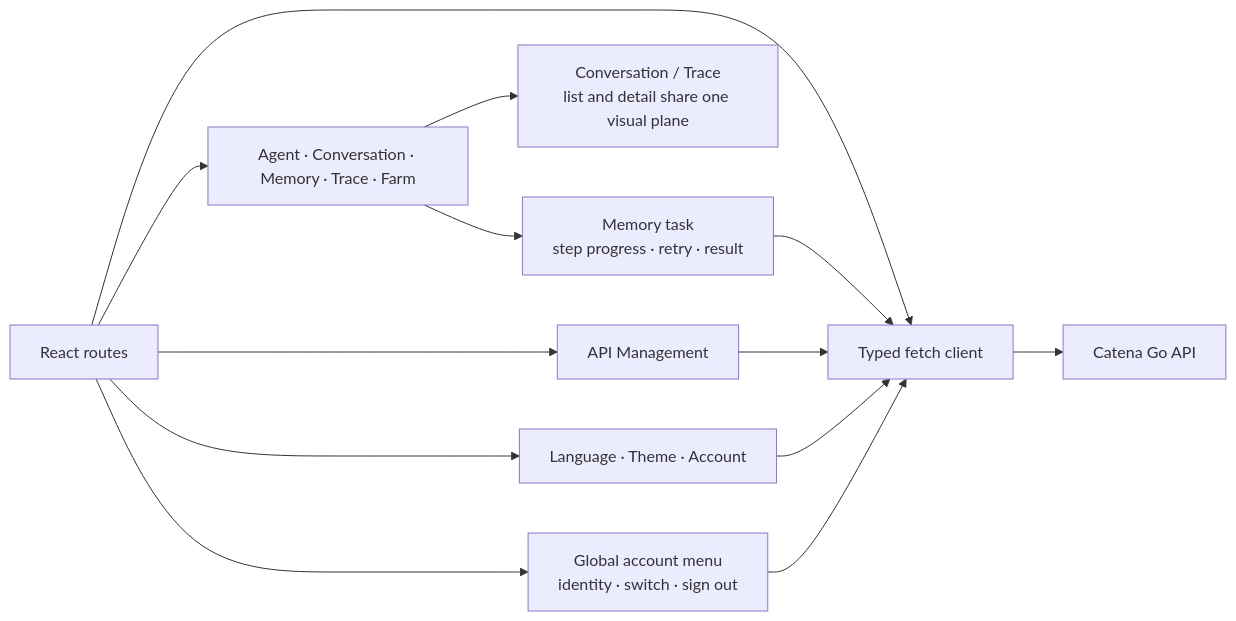
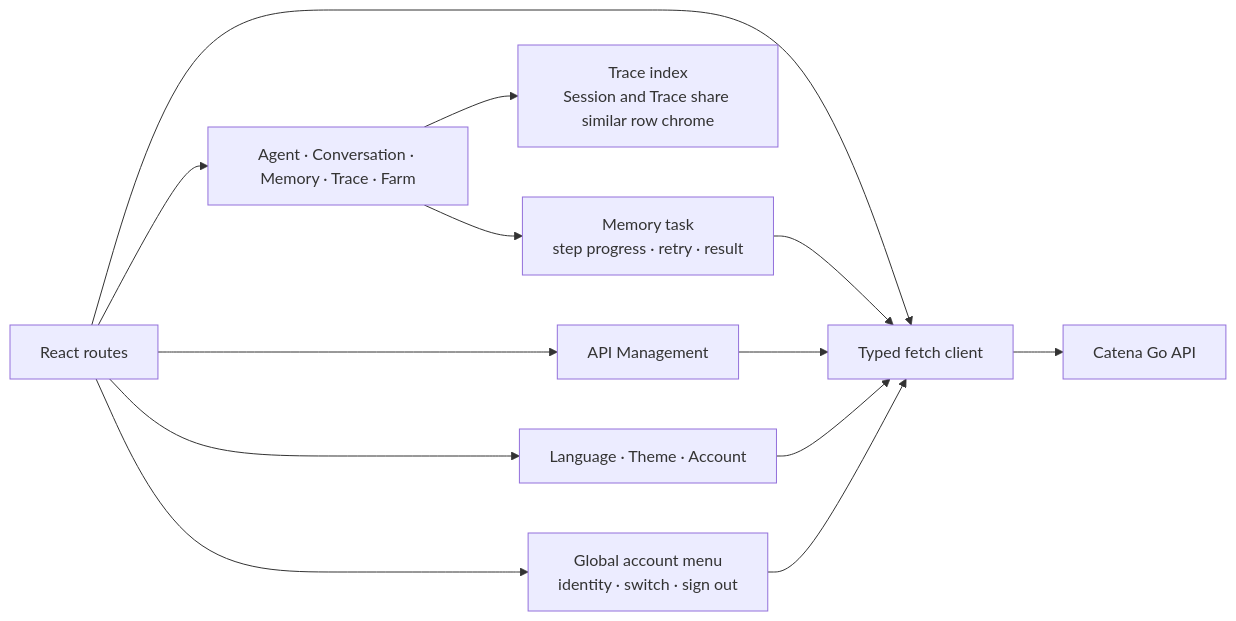
Before and after one commit to fightheyyy/CATENA: the first of 2 diagrams in catena-web/SPEC.md, drawn with Mermaid. The commit also changed other lines of this file and 29 other files, not shown here.

````diff
--- a/catena-web/SPEC.md
+++ b/catena-web/SPEC.md
@@ -12,15 +12,15 @@
 ```mermaid
 flowchart LR
     Routes["React routes"] --> API["Typed fetch client"]
     API --> Go["Catena Go API"]
     Routes --> Views["Agent · Conversation · Memory · Trace · Farm"]
-    Views --> Flat["Conversation / Trace<br/>list and detail share one visual plane"]
+    Views --> Flat["Trace index<br/>Session and Trace share similar row chrome"]
     Views --> MemoryTask["Memory task<br/>step progress · retry · result"]
     MemoryTask --> API
     Routes --> Keys["API Management"]
     Keys --> API
     Routes --> Settings["Language · Theme · Account"]
     Settings --> API
     Routes --> AccountMenu["Global account menu<br/>identity · switch · sign out"]
     AccountMenu --> API
 ```
````
